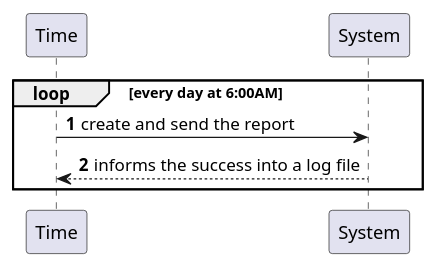
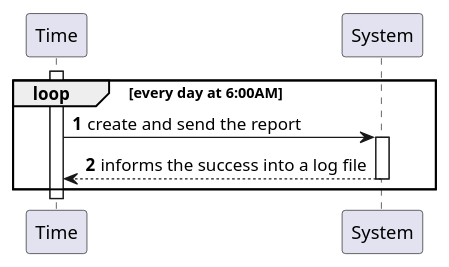
Before and after one commit to MarianaCLages/LAPR2: the diagram in docs/SprintD/US19/US19_SSD.puml, drawn with PlantUML. The commit also changed 17 other files, not shown here.

```diff
--- a/docs/SprintD/US19/US19_SSD.puml
+++ b/docs/SprintD/US19/US19_SSD.puml
@@ -1,12 +1,16 @@
 @startuml
 
 autonumber
 participant "Time" as tm
 participant "System" as sys
 
+activate tm
 loop every day at 6:00AM
     tm -> sys: create and send the report
+    activate sys
     sys --> tm: informs the success into a log file
+    deactivate
 end
+deactivate tm
 
 @enduml
```
